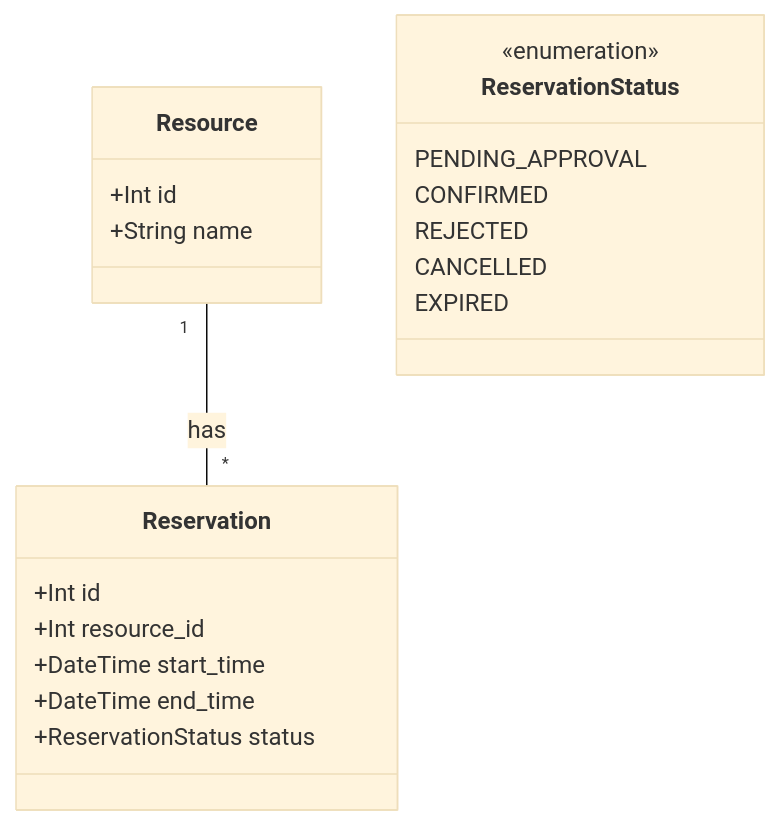
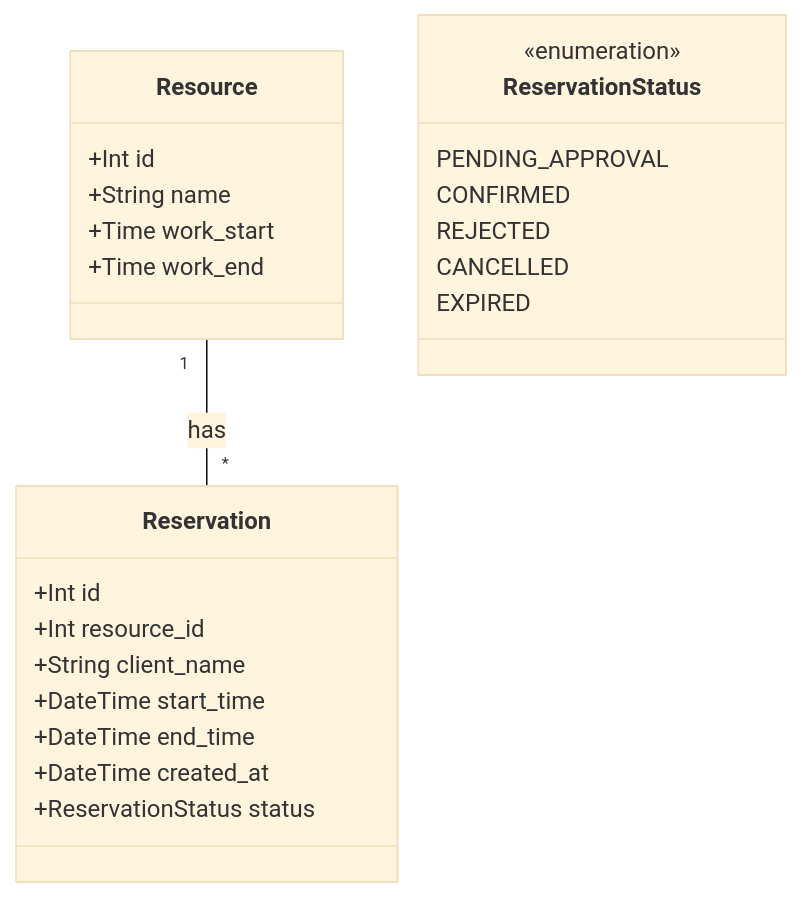
One commit to Eve-linnx/tattoo_reservation_system changed the first of 5 diagrams in docs/architecture-and-decisions.md. Above: the diagram before and after it, drawn with Mermaid (base theme). The commit also changed 1 other file, not shown here.

Commit message:
docs: diagramy srovnány s kódem (78c4c87)
- C1 doménový model: doplněny client_name, created_at, work_start/work_end
- OP-01: pořadí kontrol podle create_reservation(), kontrola minulosti,
  autorizace odstraněna jako neimplementovaná (známé omezení)
- OP-02: poznámka k odchylce (API endpoint chybí, frontend blokuje PENDING)
- OP-05: větev "rezervace neexistuje", skutečný výsledek konfliktu
- 9a: tabulka stavu implementace (cancel jen API, notifikace, role)
- shrnutí konzistence: upřesněna dostupnost, přidán řádek Approve

````diff
--- a/docs/architecture-and-decisions.md
+++ b/docs/architecture-and-decisions.md
@@ -194,23 +194,27 @@
 ```mermaid
 classDiagram
     class Resource {
         +Int id
         +String name
+        +Time work_start
+        +Time work_end
     }
     class Reservation {
         +Int id
         +Int resource_id
+        +String client_name
         +DateTime start_time
         +DateTime end_time
+        +DateTime created_at
         +ReservationStatus status
     }
     class ReservationStatus {
         <<enumeration>>
         PENDING_APPROVAL
         CONFIRMED
         REJECTED
         CANCELLED
         EXPIRED
     }
     Resource "1" -- "*" Reservation : has
 ```
````
